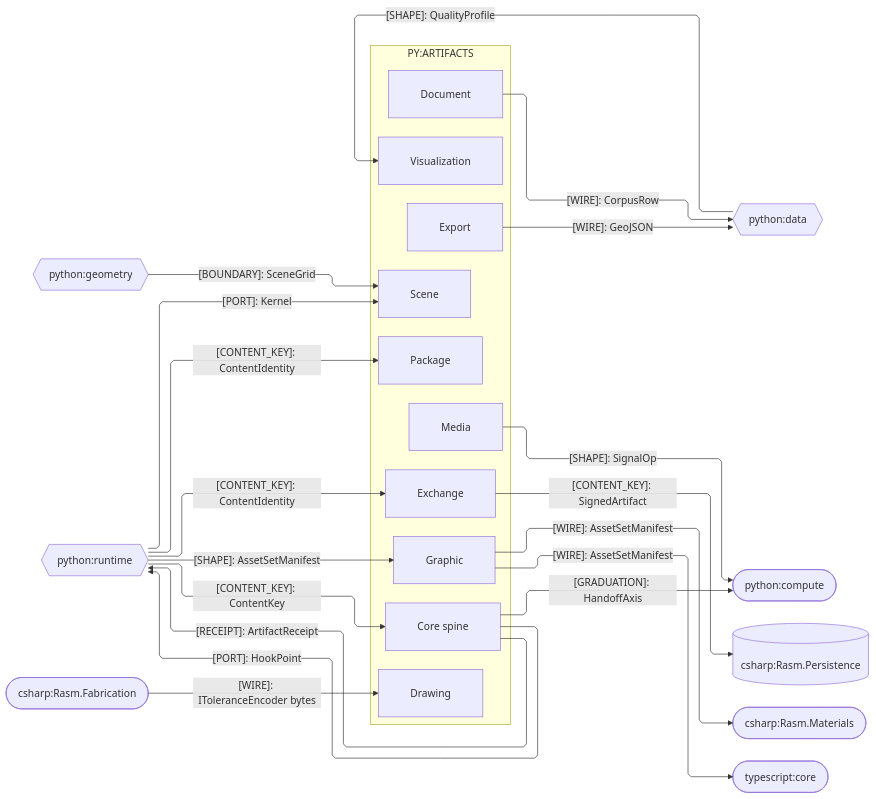
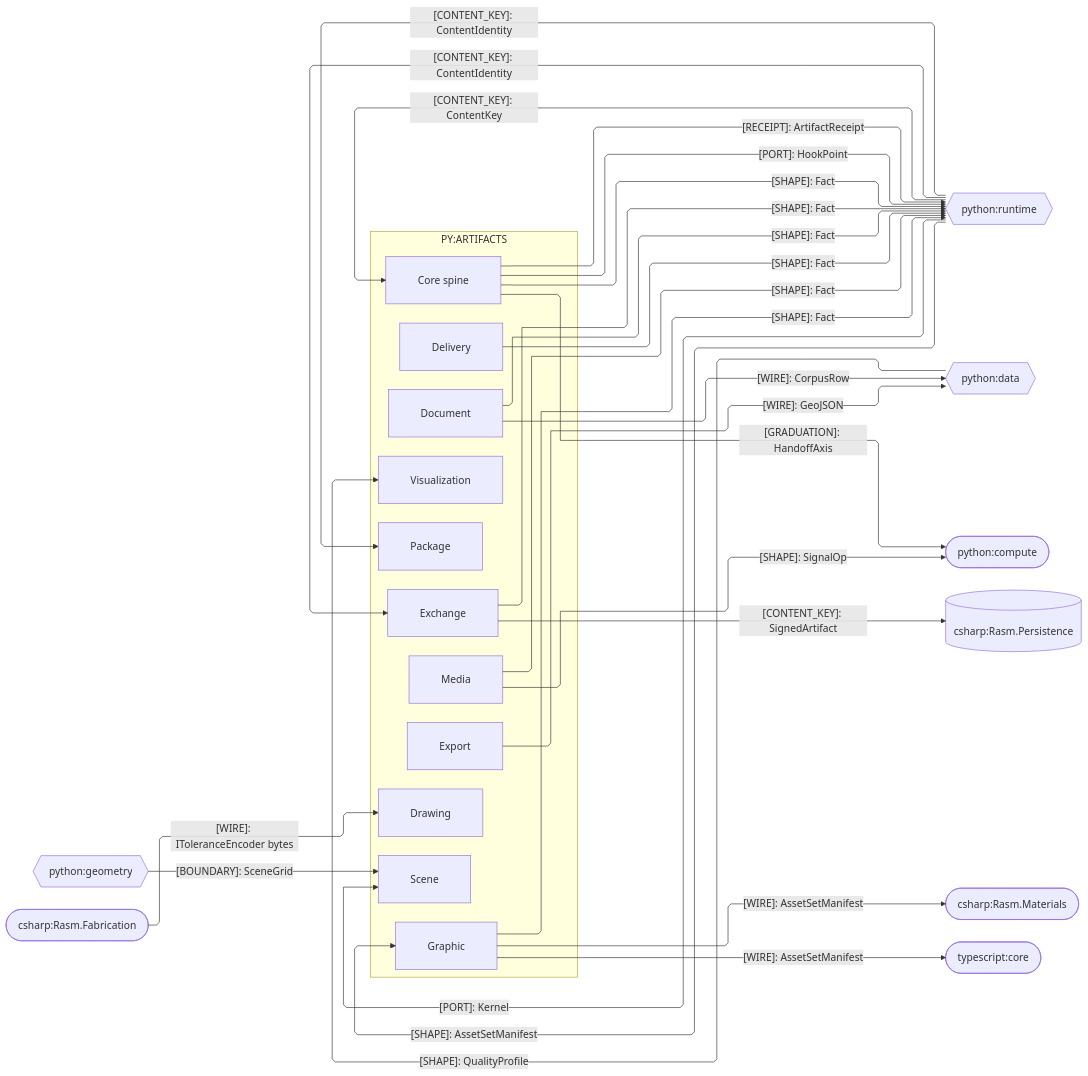
The second of 3 diagrams in libs/python/artifacts/ARCHITECTURE.md (bsamiee/Rasm), drawn with Mermaid before and after one commit. The commit also changed other lines of this file and 168 other files, not shown here.

````diff
--- a/libs/python/artifacts/ARCHITECTURE.md
+++ b/libs/python/artifacts/ARCHITECTURE.md
@@ -209,49 +209,56 @@
 ```mermaid
 ---
 config:
   layout: elk
   flowchart:
     curve: linear
     padding: 25
 ---
 flowchart LR
     accTitle: Artifacts package seam registry
     accDescr: Artifacts sub-domain owners exchanging content keys, receipts, wires, and shapes with Python, C#, and typescript peers.
     subgraph artifacts[PY:ARTIFACTS]
         Core[Core spine]
         Document[Document]
+        Delivery[Delivery]
         Visualization[Visualization]
         Drawing[Drawing]
         Graphic[Graphic]
         Media[Media]
         Scene[Scene]
         Export[Export]
         Exchange[Exchange]
         Package[Package]
     end
     Geometry{{python:geometry}}
     Runtime{{python:runtime}}
     Data{{python:data}}
     Compute([python:compute])
     Persistence[(csharp:Rasm.Persistence)]
     Fabrication([csharp:Rasm.Fabrication])
     Materials([csharp:Rasm.Materials])
     Interchange([typescript:core])
     Runtime e1@-->|"[CONTENT_KEY]: ContentKey"| Core
     Core e2@-->|"[RECEIPT]: ArtifactReceipt"| Runtime
     Runtime e3@-->|"[CONTENT_KEY]: ContentIdentity"| Exchange
     Runtime e4@-->|"[CONTENT_KEY]: ContentIdentity"| Package
     Core e5@-->|"[GRADUATION]: HandoffAxis"| Compute
     Media e6@-->|"[SHAPE]: SignalOp"| Compute
     Document e7@-->|"[WIRE]: CorpusRow"| Data
     Export e8@-->|"[WIRE]: GeoJSON"| Data
     Data e9@-->|"[SHAPE]: QualityProfile"| Visualization
     Fabrication e11@-->|"[WIRE]: IToleranceEncoder bytes"| Drawing
     Geometry e12@-->|"[BOUNDARY]: SceneGrid"| Scene
     Exchange e13@-->|"[CONTENT_KEY]: SignedArtifact"| Persistence
     Runtime e14@-->|"[PORT]: Kernel"| Scene
     Core e15@-->|"[PORT]: HookPoint"| Runtime
     Runtime e16@-->|"[SHAPE]: AssetSetManifest"| Graphic
     Graphic e17@-->|"[WIRE]: AssetSetManifest"| Materials
     Graphic e18@-->|"[WIRE]: AssetSetManifest"| Interchange
+    Core e19@-->|"[SHAPE]: Fact"| Runtime
+    Delivery e20@-->|"[SHAPE]: Fact"| Runtime
+    Document e21@-->|"[SHAPE]: Fact"| Runtime
+    Graphic e22@-->|"[SHAPE]: Fact"| Runtime
+    Media e23@-->|"[SHAPE]: Fact"| Runtime
+    Exchange e24@-->|"[SHAPE]: Fact"| Runtime
 ```
````
